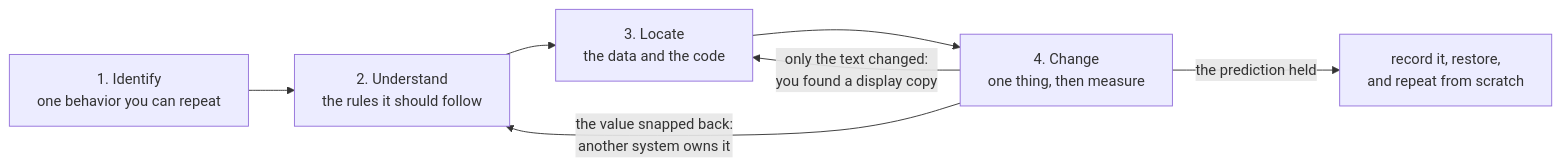
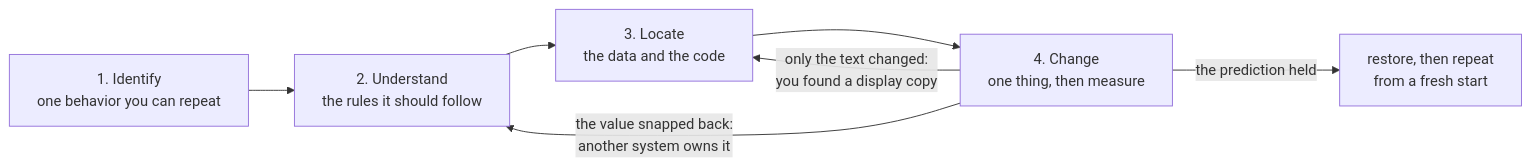
One commit to MustCodeAl/rust-game-hacking-book changed the diagram in site/src/content/docs/pages/1/06.mdx. Above: the diagram before and after it, drawn with Mermaid. The commit also changed other lines of this file and 85 other files, not shown here.

````diff
--- a/site/src/content/docs/pages/1/06.mdx
+++ b/site/src/content/docs/pages/1/06.mdx
@@ -29,9 +30,9 @@
 ```mermaid
 flowchart LR
     I["1. Identify<br/>one behavior you can repeat"] --> U["2. Understand<br/>the rules it should follow"]
     U --> L["3. Locate<br/>the data and the code"]
     L --> C["4. Change<br/>one thing, then measure"]
     C -->|"only the text changed:<br/>you found a display copy"| L
     C -->|"the value snapped back:<br/>another system owns it"| U
-    C -->|"the prediction held"| R["record it, restore,<br/>and repeat from scratch"]
+    C -->|"the prediction held"| R["restore, then repeat<br/>from a fresh start"]
 ```
````
